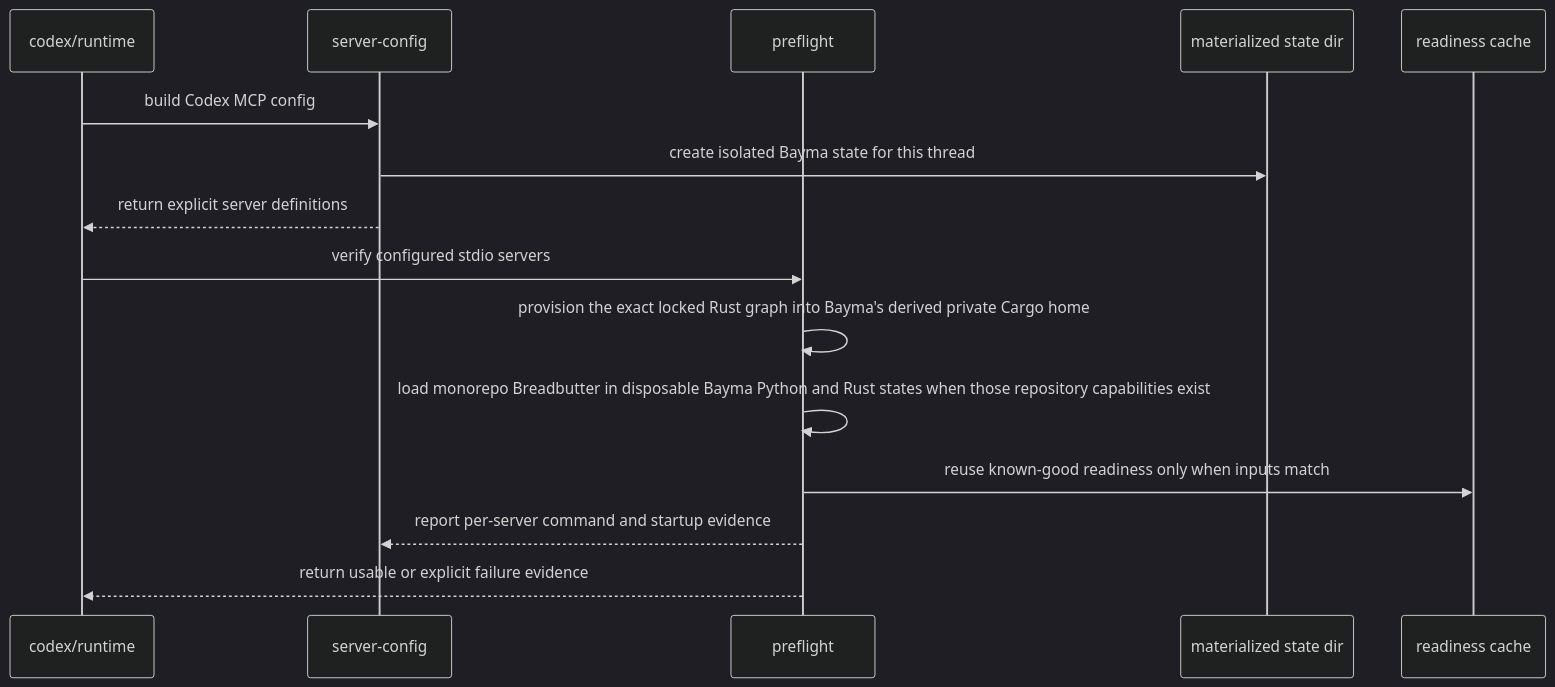
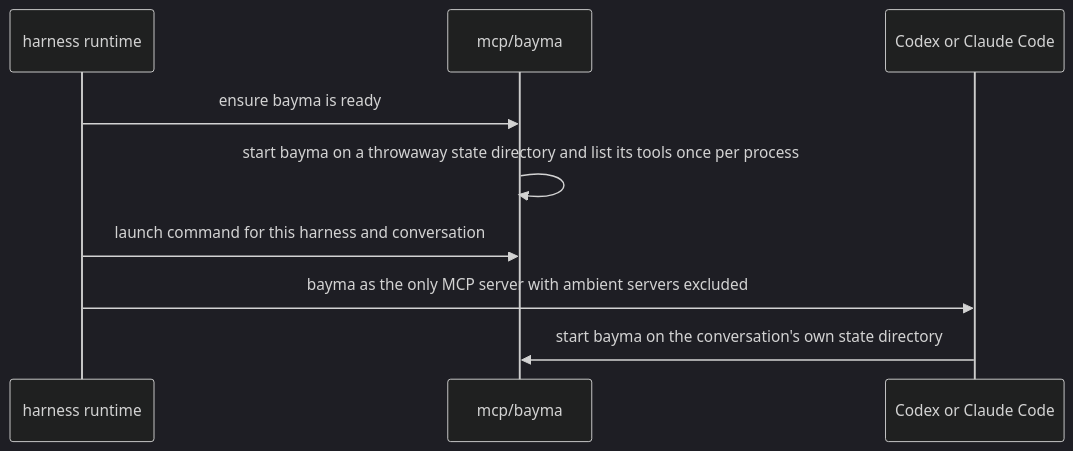
One commit to eaucoin/alasio changed the second of 3 diagrams in src/mcp/README.md. Above: the diagram before and after it, drawn with Mermaid (dark theme). The commit also changed other lines of this file and 29 other files, not shown here.

First line of the commit message:
Give both harnesses bayma as their only MCP server

````diff
--- a/src/mcp/README.md
+++ b/src/mcp/README.md
@@ -19,17 +17,11 @@
 ```mermaid
 sequenceDiagram
-  participant Runtime as codex/runtime
-  participant Config as server-config
-  participant Check as preflight
-  participant FS as materialized state dir
-  participant Cache as readiness cache
-  Runtime->>Config: build Codex MCP config
-  Config->>FS: create isolated Bayma state for this thread
-  Config-->>Runtime: return explicit server definitions
-  Runtime->>Check: verify configured stdio servers
-  Check->>Check: provision the exact locked Rust graph into Bayma's derived private Cargo home
-  Check->>Check: load monorepo Breadbutter in disposable Bayma Python and Rust states when those repository capabilities exist
-  Check->>Cache: reuse known-good readiness only when inputs match
-  Check-->>Config: report per-server command and startup evidence
-  Check-->>Runtime: return usable or explicit failure evidence
+  participant Runtime as harness runtime
+  participant Bayma as mcp/bayma
+  participant Harness as Codex or Claude Code
+  Runtime->>Bayma: ensure bayma is ready
+  Bayma->>Bayma: start bayma on a throwaway state directory and list its tools once per process
+  Runtime->>Bayma: launch command for this harness and conversation
+  Runtime->>Harness: bayma as the only MCP server with ambient servers excluded
+  Harness->>Bayma: start bayma on the conversation's own state directory
 ```
````
